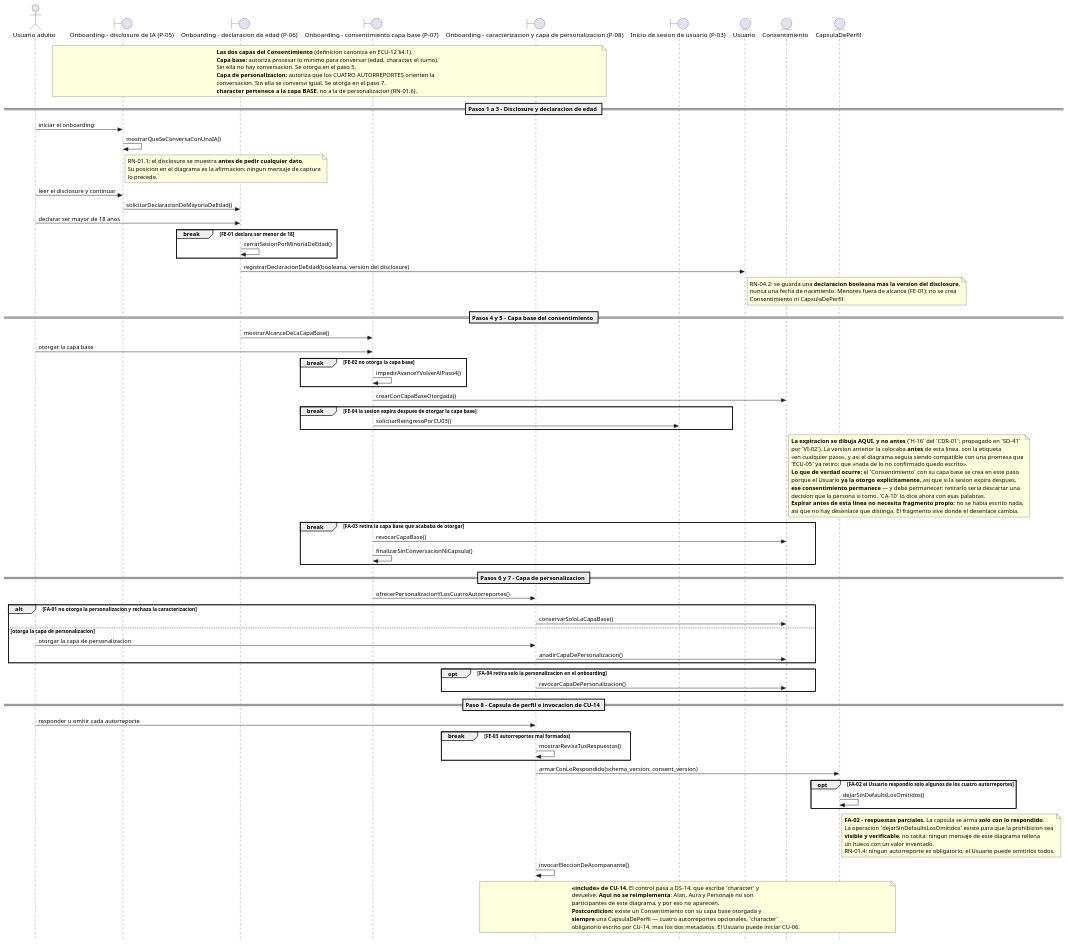
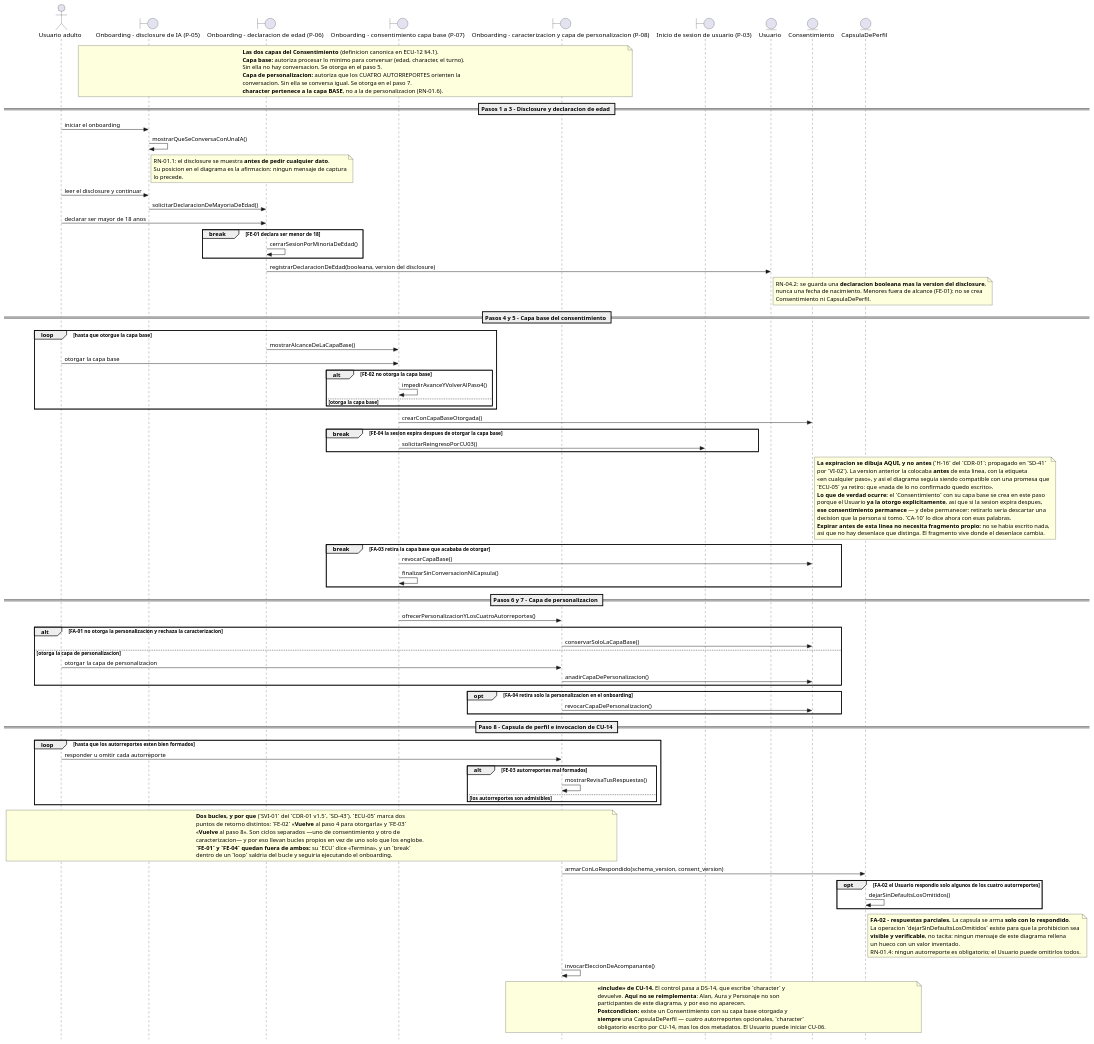
One commit to jonatan8254/alan-aura-academico changed the diagram in docs/07_casos_uso/secuencia/puml/DS-05_secuencia_consentimiento_caracterizacion.puml. Above: the diagram before and after it, drawn with PlantUML. The commit also changed 17 other files, not shown here.

```diff
--- a/docs/07_casos_uso/secuencia/puml/DS-05_secuencia_consentimiento_caracterizacion.puml
+++ b/docs/07_casos_uso/secuencia/puml/DS-05_secuencia_consentimiento_caracterizacion.puml
@@ -1,153 +1,175 @@
 @startuml
 ' DS-05 - Secuencia de CU-05 «Otorgar consentimiento y crear la capsula de perfil»
+' v1.4 (SVI-01 del CDR-01 v1.5, SD-43): FE-02 y FE-03 a `alt`, cada uno con su `loop` (ECU-05: «Vuelve al paso 4» y «al paso 8»).
+'       Tercer intento sobre la misma rama, y el primero que lee el DESENLACE de la
+'       ECU en vez de la categoria del flujo. `break` abandonaba; `opt` caia al exito;
+'       `break` otra vez (SD-41) se restauro alegando que la ECU decia «Termina», lo
+'       cual es FALSO. Ahora `loop` + `alt`: el alt excluye, el loop realiza el retorno.
+'       Los break legitimos quedan FUERA del loop a proposito: dentro saldrian del
+'       bucle y seguirian ejecutando, en vez de terminar.
 ' v1.3 (VI-02 del CDR-01 v1.4, SD-41): FE-04 se mueve DESPUES de crearConCapaBaseOtorgada().
 '       Estaba antes, con la etiqueta «en cualquier paso», y asi el diagrama seguia siendo
 '       compatible con la promesa que ECU-05 retiro en H-16 —«nada de lo no confirmado quedo
 '       escrito»—. El Consentimiento de la capa base se crea en el paso 5 porque el Usuario ya
 '       la otorgo, asi que expirar despues lo encuentra escrito, y debe dejarlo. Expirar antes
 '       no necesita fragmento: no se habia escrito nada. Sin cambio en el conteo de mensajes.
 ' v1.2 (VI-01 del CDR-01 v1.4, SD-41): FE-02 y FE-03 vuelven de opt a BREAK.
 '       Criterio: estan a profundidad 0 —el fragmento envolvente es la interaccion
 '       entera— y su fila de ECU declara que el remanente NO se ejecuta. En UML 2.5
 '       `break` ejecuta su operando EN LUGAR DEL RESTO: es esa semantica exacta.
 '       `opt` solo saltaba su cuerpo y el flujo caia al exito.
 '       Consecuencia declarada: para estos casos el `break` ORIGINAL era correcto y
 '       esa parte de H-01 fue un falso positivo. Ver DS-00 §12.
 ' v1.1 (CDR-01, H-01): FE-02 y FE-03 pasan de break a opt — su texto declara «Vuelve».
 ' v1.0 (fase de diseno detallado, ICONIX paso 6)
 ' Insumos: DR-05 v2.0 (16 controladores), ECU-05 v2.0, MD-01 v1.4, DCU-01 v2.1,
 '          DIS-00 (P-05..P-08; destino P-03), PRIV-01, MV-01 §7.
 ' Capa de infraestructura: NO EJECUTADA por decision declarada (E-1 de DS-00).
 
 skinparam style strictuml
 skinparam shadowing false
 skinparam responseMessageBelowArrow true
 
 actor "Usuario adulto" as ACT_Usuario
 boundary "Onboarding - disclosure de IA (P-05)" as B_PantallaDisclosure
 boundary "Onboarding - declaracion de edad (P-06)" as B_PantallaEdad
 boundary "Onboarding - consentimiento capa base (P-07)" as B_PantallaConsentimiento
 boundary "Onboarding - caracterizacion y capa de personalizacion (P-08)" as B_PantallaCaracterizacion
 boundary "Inicio de sesion de usuario (P-03)" as B_PaginaInicioSesion
 entity "Usuario" as E_Usuario
 entity "Consentimiento" as E_Consentimiento
 entity "CapsulaDePerfil" as E_CapsulaDePerfil
 
 note over B_PantallaDisclosure, B_PantallaCaracterizacion
   <b>Las dos capas del Consentimiento</b> (definicion canonica en ECU-12 §4.1).
   <b>Capa base:</b> autoriza procesar lo minimo para conversar (edad, character, el turno).
   Sin ella no hay conversacion. Se otorga en el paso 5.
   <b>Capa de personalizacion:</b> autoriza que los CUATRO AUTORREPORTES orienten la
   conversacion. Sin ella se conversa igual. Se otorga en el paso 7.
   <b>character pertenece a la capa BASE</b>, no a la de personalizacion (RN-01.6).
 end note
 
 == Pasos 1 a 3 - Disclosure y declaracion de edad ==
 
 ACT_Usuario -> B_PantallaDisclosure : iniciar el onboarding
 B_PantallaDisclosure -> B_PantallaDisclosure : mostrarQueSeConversaConUnaIA()
 
 note right of B_PantallaDisclosure
   RN-01.1: el disclosure se muestra <b>antes de pedir cualquier dato</b>.
   Su posicion en el diagrama es la afirmacion: ningun mensaje de captura
   lo precede.
 end note
 
 ACT_Usuario -> B_PantallaDisclosure : leer el disclosure y continuar
 B_PantallaDisclosure -> B_PantallaEdad : solicitarDeclaracionDeMayoriaDeEdad()
 ACT_Usuario -> B_PantallaEdad : declarar ser mayor de 18 anos
 
 break FE-01 declara ser menor de 18
   B_PantallaEdad -> B_PantallaEdad : cerrarSesionPorMinoriaDeEdad()
 end
 
 B_PantallaEdad -> E_Usuario : registrarDeclaracionDeEdad(booleana, version del disclosure)
 
 note right of E_Usuario
   RN-04.2: se guarda una <b>declaracion booleana mas la version del disclosure</b>,
   nunca una fecha de nacimiento. Menores fuera de alcance (FE-01): no se crea
   Consentimiento ni CapsulaDePerfil.
 end note
 
 == Pasos 4 y 5 - Capa base del consentimiento ==
 
-B_PantallaEdad -> B_PantallaConsentimiento : mostrarAlcanceDeLaCapaBase()
-ACT_Usuario -> B_PantallaConsentimiento : otorgar la capa base
+loop hasta que otorgue la capa base
+  B_PantallaEdad -> B_PantallaConsentimiento : mostrarAlcanceDeLaCapaBase()
+  ACT_Usuario -> B_PantallaConsentimiento : otorgar la capa base
 
-break FE-02 no otorga la capa base
-  B_PantallaConsentimiento -> B_PantallaConsentimiento : impedirAvanceYVolverAlPaso4()
+  alt FE-02 no otorga la capa base
+    B_PantallaConsentimiento -> B_PantallaConsentimiento : impedirAvanceYVolverAlPaso4()
+  else otorga la capa base
+  end
 end
 
 B_PantallaConsentimiento -> E_Consentimiento : crearConCapaBaseOtorgada()
 
 break FE-04 la sesion expira despues de otorgar la capa base
   B_PantallaConsentimiento -> B_PaginaInicioSesion : solicitarReingresoPorCU03()
 end
 
 note right of E_Consentimiento
   <b>La expiracion se dibuja AQUI, y no antes</b> (`H-16` del `CDR-01`; propagado en `SD-41`
   por `VI-02`). La version anterior la colocaba <b>antes</b> de esta linea, con la etiqueta
   «en cualquier paso», y asi el diagrama seguia siendo compatible con una promesa que
   `ECU-05` ya retiro: que «nada de lo no confirmado quedo escrito».
   <b>Lo que de verdad ocurre:</b> el `Consentimiento` con su capa base se crea en este paso
   porque el Usuario <b>ya la otorgo explicitamente</b>, asi que si la sesion expira despues,
   <b>ese consentimiento permanece</b> — y debe permanecer: retirarlo seria descartar una
   decision que la persona si tomo. `CA-10` lo dice ahora con esas palabras.
   <b>Expirar antes de esta linea no necesita fragmento propio:</b> no se habia escrito nada,
   asi que no hay desenlace que distinga. El fragmento vive donde el desenlace cambia.
 end note
 
 break FA-03 retira la capa base que acababa de otorgar
   B_PantallaConsentimiento -> E_Consentimiento : revocarCapaBase()
   B_PantallaConsentimiento -> B_PantallaConsentimiento : finalizarSinConversacionNiCapsula()
 end
 
 == Pasos 6 y 7 - Capa de personalizacion ==
 
 B_PantallaConsentimiento -> B_PantallaCaracterizacion : ofrecerPersonalizacionYLosCuatroAutorreportes()
 
 alt FA-01 no otorga la personalizacion y rechaza la caracterizacion
   B_PantallaCaracterizacion -> E_Consentimiento : conservarSoloLaCapaBase()
 else otorga la capa de personalizacion
   ACT_Usuario -> B_PantallaCaracterizacion : otorgar la capa de personalizacion
   B_PantallaCaracterizacion -> E_Consentimiento : anadirCapaDePersonalizacion()
 end
 
 opt FA-04 retira solo la personalizacion en el onboarding
   B_PantallaCaracterizacion -> E_Consentimiento : revocarCapaDePersonalizacion()
 end
 
 == Paso 8 - Capsula de perfil e invocacion de CU-14 ==
 
-ACT_Usuario -> B_PantallaCaracterizacion : responder u omitir cada autorreporte
+loop hasta que los autorreportes esten bien formados
+  ACT_Usuario -> B_PantallaCaracterizacion : responder u omitir cada autorreporte
 
-break FE-03 autorreportes mal formados
-  B_PantallaCaracterizacion -> B_PantallaCaracterizacion : mostrarRevisaTusRespuestas()
+  alt FE-03 autorreportes mal formados
+    B_PantallaCaracterizacion -> B_PantallaCaracterizacion : mostrarRevisaTusRespuestas()
+  else los autorreportes son admisibles
+  end
 end
+
+note over ACT_Usuario, B_PantallaCaracterizacion
+  <b>Dos bucles, y por que</b> (`SVI-01` del `CDR-01 v1.5`, `SD-43`). `ECU-05` marca dos
+  puntos de retorno distintos: `FE-02` «<b>Vuelve</b> al paso 4 para otorgarla» y `FE-03`
+  «<b>Vuelve</b> al paso 8». Son ciclos separados —uno de consentimiento y otro de
+  caracterizacion— y por eso llevan bucles propios en vez de uno solo que los englobe.
+  <b>`FE-01` y `FE-04` quedan fuera de ambos:</b> su `ECU` dice «Termina», y un `break`
+  dentro de un `loop` saldria del bucle y seguiria ejecutando el onboarding.
+end note
 
 B_PantallaCaracterizacion -> E_CapsulaDePerfil : armarConLoRespondido(schema_version, consent_version)
 
 opt FA-02 el Usuario respondio solo algunos de los cuatro autorreportes
   E_CapsulaDePerfil -> E_CapsulaDePerfil : dejarSinDefaultsLosOmitidos()
 end
 
 note right of E_CapsulaDePerfil
   <b>FA-02 - respuestas parciales.</b> La capsula se arma <b>solo con lo respondido</b>.
   La operacion `dejarSinDefaultsLosOmitidos` existe para que la prohibicion sea
   <b>visible y verificable</b>, no tacita: ningun mensaje de este diagrama rellena
   un hueco con un valor inventado.
   RN-01.4: ningun autorreporte es obligatorio; el Usuario puede omitirlos todos.
 end note
 
 B_PantallaCaracterizacion -> B_PantallaCaracterizacion : invocarEleccionDeAcompanante()
 
 note over B_PantallaCaracterizacion, E_CapsulaDePerfil
   <b><<include>> de CU-14.</b> El control pasa a DS-14, que escribe `character` y
   devuelve. <b>Aqui no se reimplementa</b>: Alan, Aura y Personaje no son
   participantes de este diagrama, y por eso no aparecen.
   <b>Postcondicion:</b> existe un Consentimiento con su capa base otorgada y
   <b>siempre</b> una CapsulaDePerfil — cuatro autorreportes opcionales, `character`
   obligatorio escrito por CU-14, mas los dos metadatos. El Usuario puede iniciar CU-06.
 end note
 
 @enduml
```
